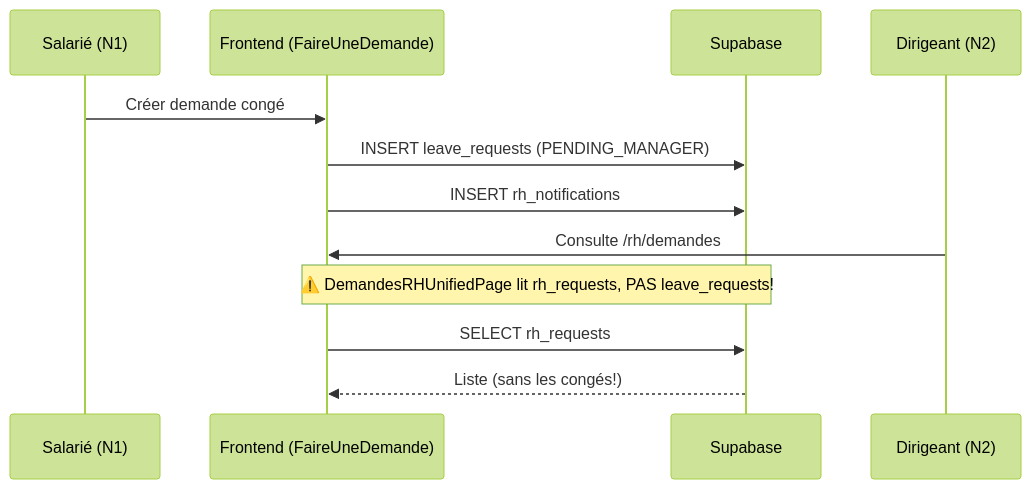
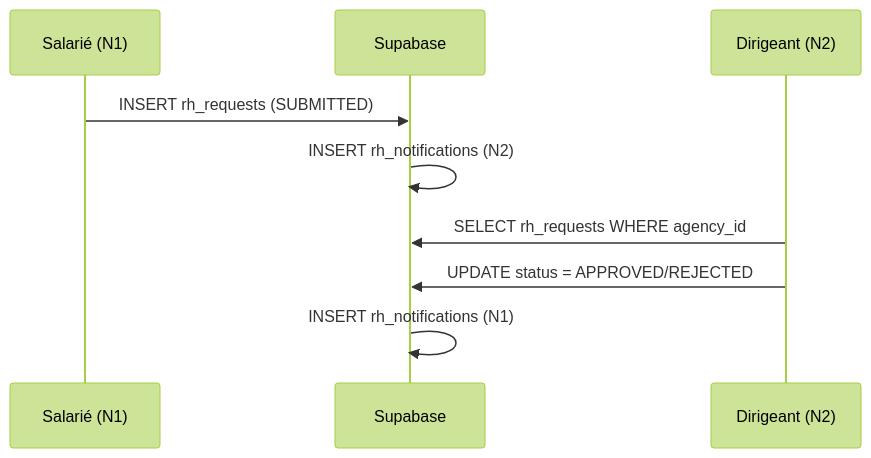
Before and after one commit to BIJ40/operia: the third of 3 diagrams in docs/AUDIT_MODULE_RH.md, drawn with Mermaid (forest theme). The commit also changed other lines of this file and 34 other files, not shown here.

````diff
--- a/docs/AUDIT_MODULE_RH.md
+++ b/docs/AUDIT_MODULE_RH.md
@@ -337,15 +274,12 @@
 ```mermaid
 sequenceDiagram
     participant N1 as Salarié (N1)
-    participant FE as Frontend (FaireUneDemande)
     participant DB as Supabase
     participant N2 as Dirigeant (N2)
 
-    N1->>FE: Créer demande congé
-    FE->>DB: INSERT leave_requests (PENDING_MANAGER)
-    FE->>DB: INSERT rh_notifications
-    N2->>FE: Consulte /rh/demandes
-    Note over FE,DB: ⚠️ DemandesRHUnifiedPage lit rh_requests, PAS leave_requests!
-    FE->>DB: SELECT rh_requests
-    DB-->>FE: Liste (sans les congés!)
+    N1->>DB: INSERT rh_requests (SUBMITTED)
+    DB->>DB: INSERT rh_notifications (N2)
+    N2->>DB: SELECT rh_requests WHERE agency_id
+    N2->>DB: UPDATE status = APPROVED/REJECTED
+    DB->>DB: INSERT rh_notifications (N1)
 ```
````
